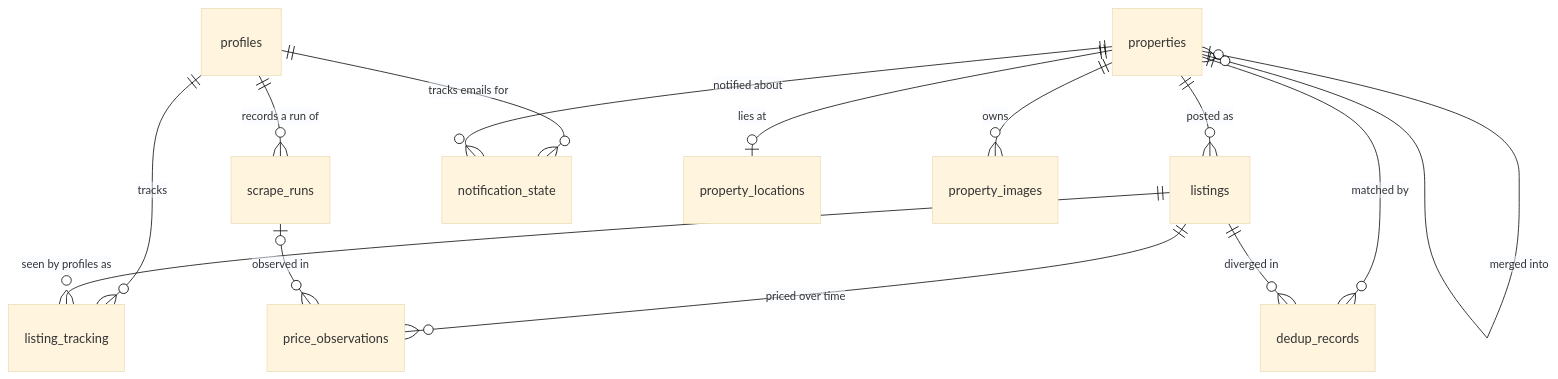
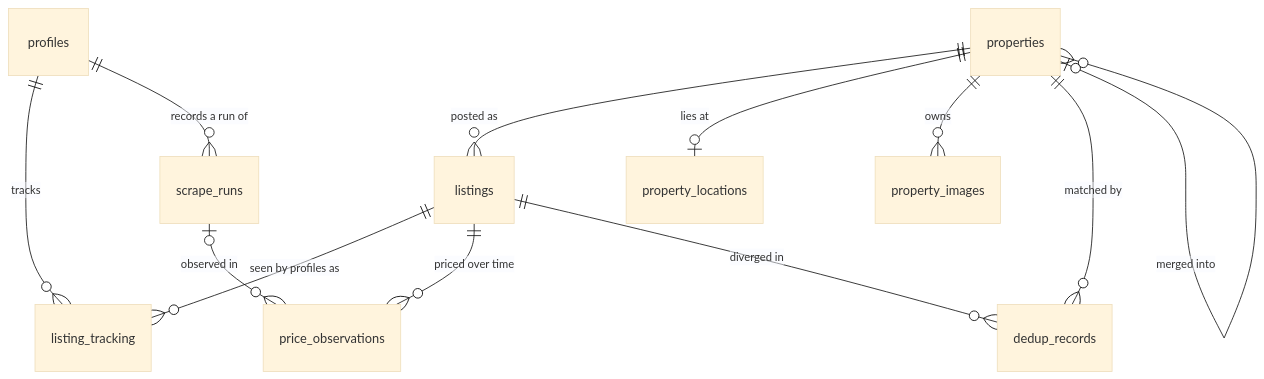
The diagram in engine/SCHEMA.md (schrodlm/rentczecher), drawn with Mermaid (base theme) before and after one commit. The commit also changed other lines of this file and 4 other files, not shown here.

````diff
--- a/engine/SCHEMA.md
+++ b/engine/SCHEMA.md
@@ -28,16 +28,14 @@
 ```mermaid
 erDiagram
     profiles   ||--o{ listing_tracking   : "tracks"
     listings   ||--o{ listing_tracking   : "seen by profiles as"
     profiles   ||--o{ scrape_runs         : "records a run of"
-    profiles   ||--o{ notification_state  : "tracks emails for"
     properties ||--o{ listings            : "posted as"
     properties ||--o| property_locations  : "lies at"
     properties ||--o{ property_images     : "owns"
     properties ||--o{ dedup_records       : "matched by"
-    properties ||--o{ notification_state  : "notified about"
     properties |o--o{ properties          : "merged into"
     listings   ||--o{ price_observations  : "priced over time"
     listings   ||--o{ dedup_records       : "diverged in"
     scrape_runs |o--o{ price_observations : "observed in"
 ```
````
